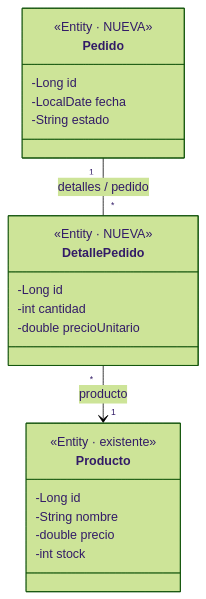
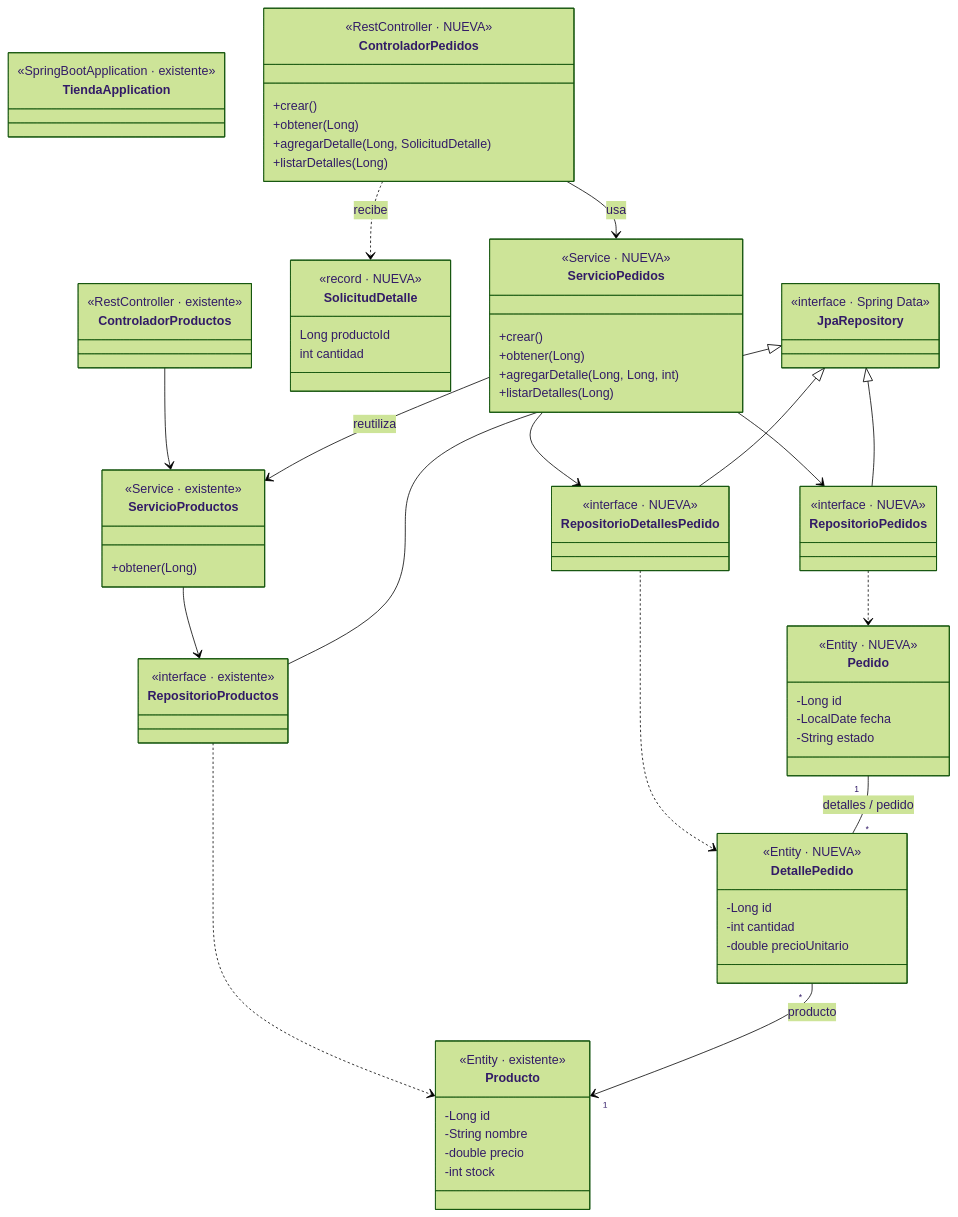
Before and after one commit to crodrigr/skill-spring-boot: the diagram in generador-cursos/curso-spring-boot/guias/modulo-03-04/03-guia-tienda-2-uno-a-muchos.md, drawn with Mermaid (forest theme). The commit also changed other lines of this file and 2 other files, not shown here.

````diff
--- a/generador-cursos/curso-spring-boot/guias/modulo-03-04/03-guia-tienda-2-uno-a-muchos.md
+++ b/generador-cursos/curso-spring-boot/guias/modulo-03-04/03-guia-tienda-2-uno-a-muchos.md
@@ -12,24 +12,80 @@
 ```mermaid
 classDiagram
+    direction TB
+    class TiendaApplication {
+        <<SpringBootApplication · existente>>
+    }
+    class ControladorProductos {
+        <<RestController · existente>>
+    }
+    class ServicioProductos {
+        <<Service · existente>>
+        +obtener(Long)
+    }
+    class RepositorioProductos {
+        <<interface · existente>>
+    }
+    class Producto {
+        <<Entity · existente>>
+        -Long id
+        -String nombre
+        -double precio
+        -int stock
+    }
+    class ControladorPedidos {
+        <<RestController · NUEVA>>
+        +crear()
+        +obtener(Long)
+        +agregarDetalle(Long, SolicitudDetalle)
+        +listarDetalles(Long)
+    }
+    class SolicitudDetalle {
+        <<record · NUEVA>>
+        Long productoId
+        int cantidad
+    }
+    class ServicioPedidos {
+        <<Service · NUEVA>>
+        +crear()
+        +obtener(Long)
+        +agregarDetalle(Long, Long, int)
+        +listarDetalles(Long)
+    }
+    class RepositorioPedidos {
+        <<interface · NUEVA>>
+    }
+    class RepositorioDetallesPedido {
+        <<interface · NUEVA>>
+    }
+    class JpaRepository {
+        <<interface · Spring Data>>
+    }
     class Pedido {
         <<Entity · NUEVA>>
         -Long id
         -LocalDate fecha
         -String estado
     }
     class DetallePedido {
         <<Entity · NUEVA>>
         -Long id
         -int cantidad
         -double precioUnitario
     }
-    class Producto {
-        <<Entity · existente>>
-        -Long id
-        -String nombre
-        -double precio
-        -int stock
-    }
+
+    ControladorProductos --> ServicioProductos
+    ServicioProductos --> RepositorioProductos
+    ControladorPedidos --> ServicioPedidos : usa
+    ControladorPedidos ..> SolicitudDetalle : recibe
+    ServicioPedidos --> RepositorioPedidos
+    ServicioPedidos --> RepositorioDetallesPedido
+    ServicioPedidos --> ServicioProductos : reutiliza
+    JpaRepository <|-- RepositorioProductos
+    JpaRepository <|-- RepositorioPedidos
+    JpaRepository <|-- RepositorioDetallesPedido
+    RepositorioProductos ..> Producto
+    RepositorioPedidos ..> Pedido
+    RepositorioDetallesPedido ..> DetallePedido
     Pedido "1" -- "*" DetallePedido : detalles / pedido
     DetallePedido "*" --> "1" Producto : producto
 ```
````
